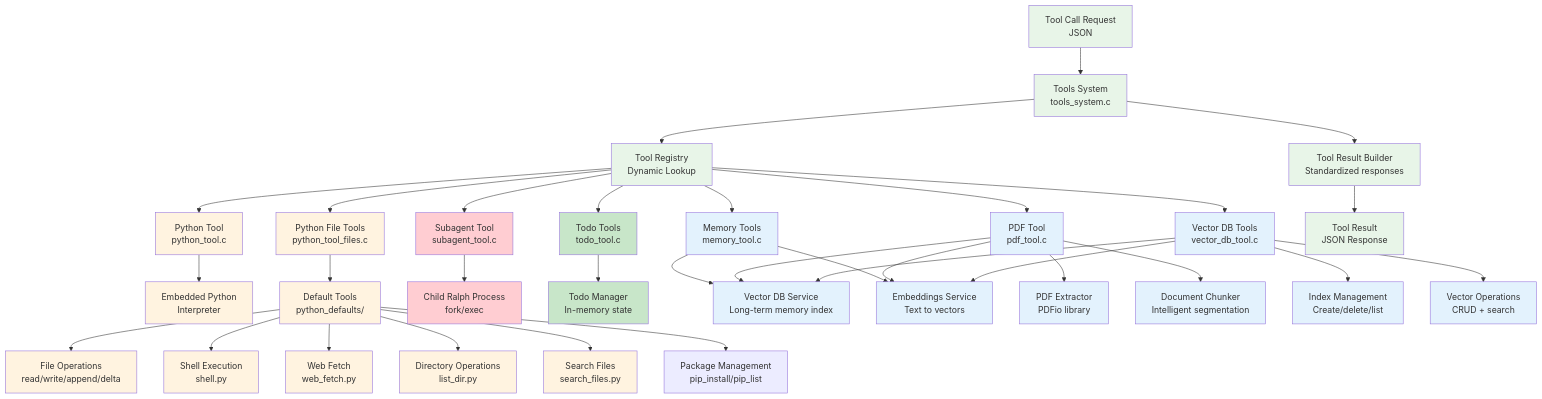
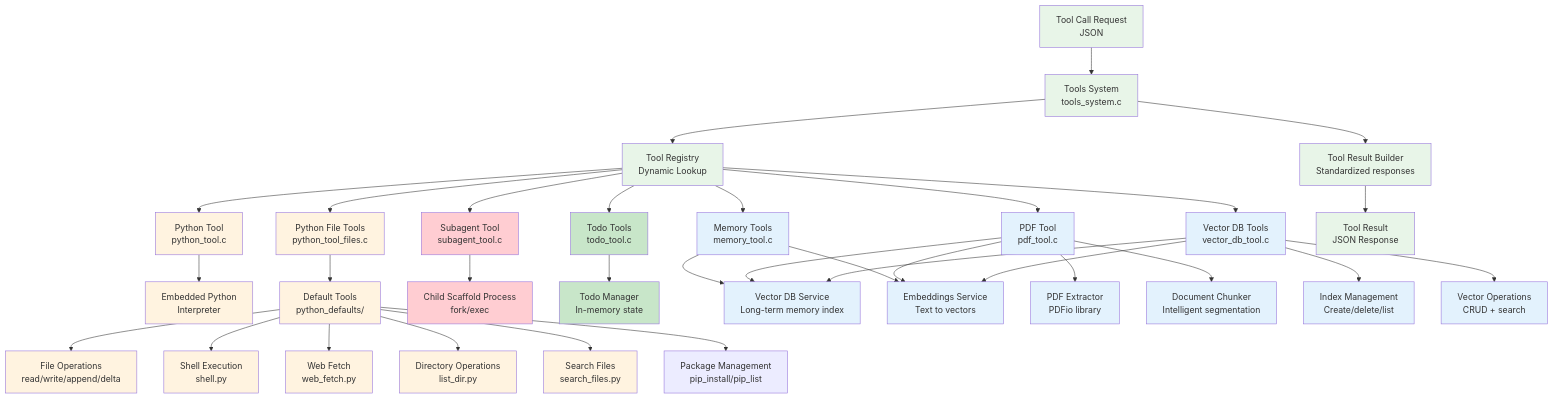
The seventh of 20 diagrams in ARCHITECTURE.md (tgittos/scaffold), drawn with Mermaid before and after one commit. The commit also changed other lines of this file and 19 other files, not shown here.

````diff
--- a/ARCHITECTURE.md
+++ b/ARCHITECTURE.md
@@ -351,55 +370,55 @@
 ```mermaid
 graph TB
     ToolCall[Tool Call Request<br/>JSON] --> ToolSystem[Tools System<br/>tools_system.c]
     ToolSystem --> ToolRegistry[Tool Registry<br/>Dynamic Lookup]
 
     ToolRegistry --> PythonTool[Python Tool<br/>python_tool.c]
     ToolRegistry --> MemoryTools[Memory Tools<br/>memory_tool.c]
     ToolRegistry --> PDFTools[PDF Tool<br/>pdf_tool.c]
     ToolRegistry --> VectorDBTools[Vector DB Tools<br/>vector_db_tool.c]
     ToolRegistry --> SubagentTool[Subagent Tool<br/>subagent_tool.c]
     ToolRegistry --> PythonFileTools[Python File Tools<br/>python_tool_files.c]
     ToolRegistry --> TodoTools[Todo Tools<br/>todo_tool.c]
 
     PythonTool --> PythonInterpreter[Embedded Python<br/>Interpreter]
 
     PythonFileTools --> DefaultTools[Default Tools<br/>python_defaults/]
     DefaultTools --> FileOps[File Operations<br/>read/write/append/delta]
     DefaultTools --> ShellOp[Shell Execution<br/>shell.py]
     DefaultTools --> WebFetch[Web Fetch<br/>web_fetch.py]
     DefaultTools --> DirOps[Directory Operations<br/>list_dir.py]
     DefaultTools --> SearchOp[Search Files<br/>search_files.py]
     DefaultTools --> PipTools[Package Management<br/>pip_install/pip_list]
 
-    SubagentTool --> ChildProcess[Child Ralph Process<br/>fork/exec]
+    SubagentTool --> ChildProcess[Child Scaffold Process<br/>fork/exec]
 
     TodoTools --> TodoMgr[Todo Manager<br/>In-memory state]
 
     MemoryTools --> VectorDBSvc[Vector DB Service<br/>Long-term memory index]
     MemoryTools --> EmbeddingsSvc[Embeddings Service<br/>Text to vectors]
 
     PDFTools --> PDFExtractor[PDF Extractor<br/>PDFio library]
     PDFTools --> DocumentChunker[Document Chunker<br/>Intelligent segmentation]
     PDFTools --> VectorDBSvc
     PDFTools --> EmbeddingsSvc
 
     VectorDBTools --> VectorDBSvc
     VectorDBTools --> EmbeddingsSvc
     VectorDBTools --> IndexMgmt[Index Management<br/>Create/delete/list]
     VectorDBTools --> VectorOps[Vector Operations<br/>CRUD + search]
 
     ToolSystem --> ToolResultBuilder[Tool Result Builder<br/>Standardized responses]
     ToolResultBuilder --> ToolResult[Tool Result<br/>JSON Response]
 
     classDef toolCore fill:#e8f5e8
     classDef toolImpl fill:#c8e6c9
     classDef vectorTools fill:#e3f2fd
     classDef pythonTools fill:#fff3e0
     classDef external fill:#ffcdd2
 
     class ToolCall,ToolSystem,ToolRegistry,ToolResult,ToolResultBuilder toolCore
     class TodoTools,TodoMgr toolImpl
     class MemoryTools,PDFTools,VectorDBTools,VectorDBSvc,EmbeddingsSvc,PDFExtractor,DocumentChunker,IndexMgmt,VectorOps vectorTools
     class PythonTool,PythonFileTools,DefaultTools,FileOps,ShellOp,WebFetch,DirOps,SearchOp,PythonInterpreter pythonTools
     class SubagentTool,ChildProcess external
 ```
````
